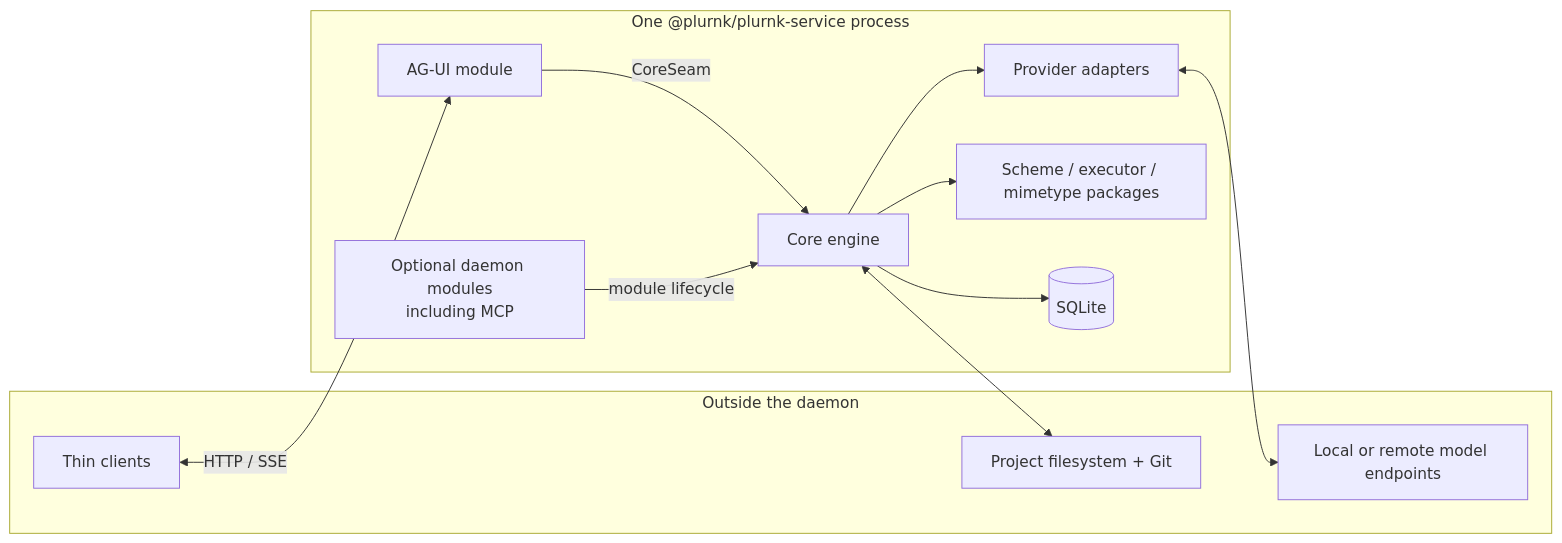
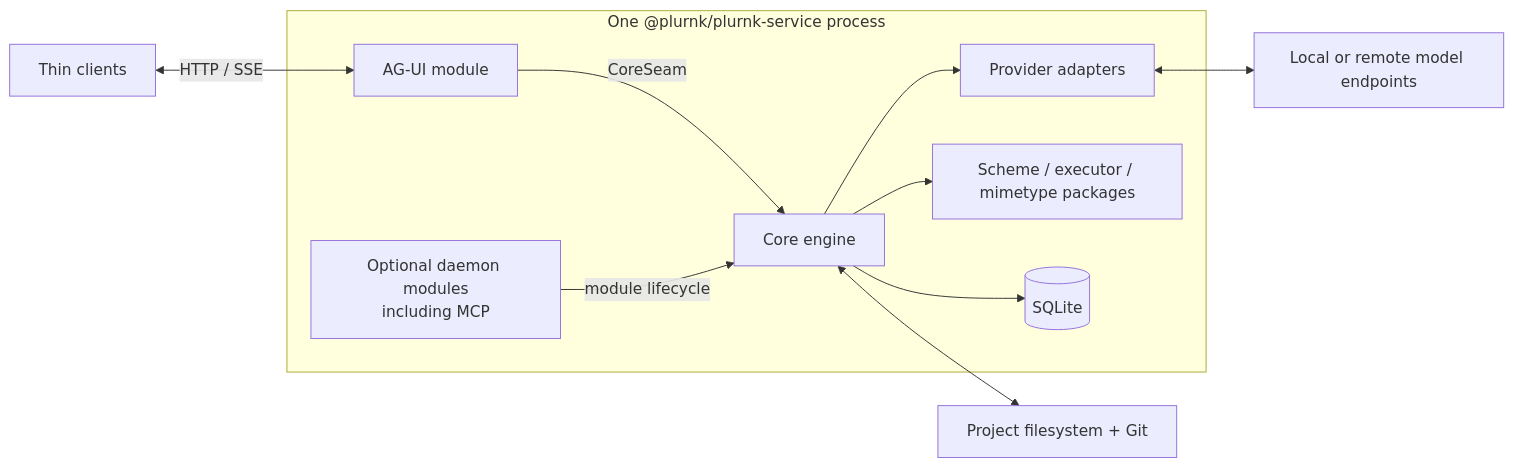
Before and after one commit to plurnk/plurnk-service: the third of 4 diagrams in ARCHITECTURE.md, drawn with Mermaid. The commit also changed other lines of this file and 1 other file, not shown here.

Commit message:
docs: align keystone diagrams (#26)

````diff
--- a/ARCHITECTURE.md
+++ b/ARCHITECTURE.md
@@ -103,26 +74,21 @@
 ```mermaid
 flowchart LR
-    subgraph outside[Outside the daemon]
-        clients["Thin clients"]
-        endpoints["Local or remote model endpoints"]
-        project["Project filesystem + Git"]
-    end
-
     subgraph daemon[One @plurnk/plurnk-service process]
         agui["AG-UI module"]
         core["Core engine"]
         modules["Optional daemon modules<br/>including MCP"]
         providers["Provider adapters"]
         capabilities["Scheme / executor / mimetype packages"]
         sqlite[(SQLite)]
+
+        agui -->|CoreSeam| core
+        modules -->|module lifecycle| core
+        core --> providers
+        core --> capabilities
+        core --> sqlite
     end
 
-    clients <-->|HTTP / SSE| agui
-    agui -->|CoreSeam| core
-    modules -->|module lifecycle| core
-    core --> providers
-    providers <--> endpoints
-    core --> capabilities
-    core --> sqlite
-    core <--> project
+    clients["Thin clients"] <-->|HTTP / SSE| agui
+    providers <--> endpoints["Local or remote model endpoints"]
+    core <--> project["Project filesystem + Git"]
 ```
````
